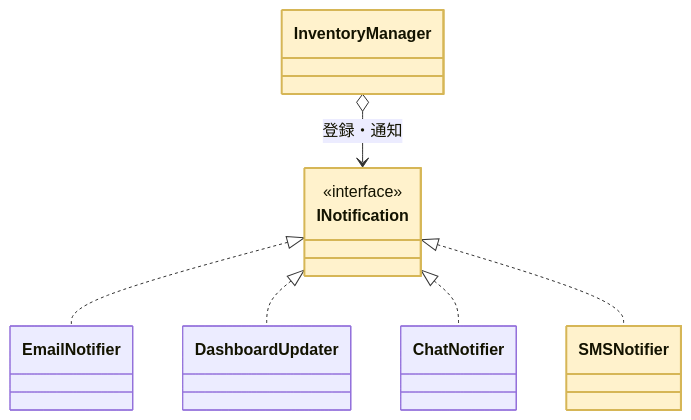
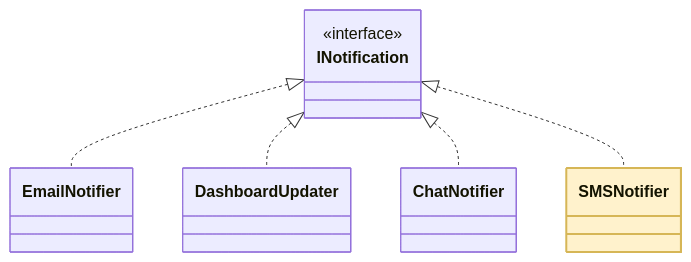
One commit to kumachan1101-pixel/DesignPattern changed the tenth of 17 diagrams in kindle/design-patterns/output/chapter07.md. Above: the diagram before and after it, drawn with Mermaid. The commit also changed other lines of this file and 3 other files, not shown here.

````diff
--- a/kindle/design-patterns/output/chapter07.md
+++ b/kindle/design-patterns/output/chapter07.md
@@ -1495,18 +1863,14 @@
 ```mermaid
 classDiagram
-    class InventoryManager
     class INotification { <<interface>> }
     class EmailNotifier
     class DashboardUpdater
     class ChatNotifier
     class SMSNotifier
-    InventoryManager o--> INotification : 登録・通知
     INotification <|.. EmailNotifier
     INotification <|.. DashboardUpdater
     INotification <|.. ChatNotifier
     INotification <|.. SMSNotifier
-    class InventoryManager:::focus
-    class INotification:::focus
     class SMSNotifier:::focus
     classDef focus fill:#FFF2CC,stroke:#D6B656,stroke-width:2px
 ```
````
